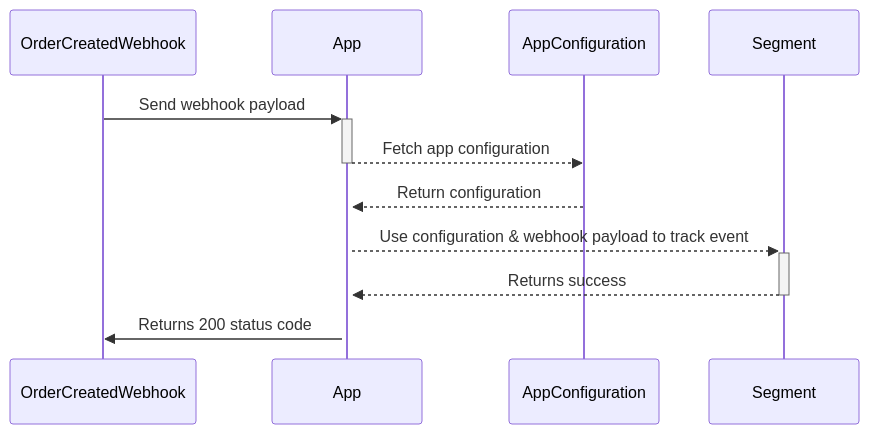
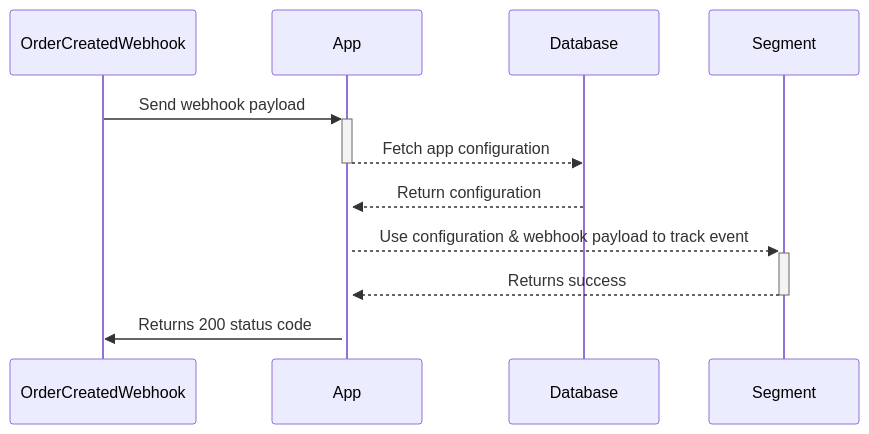
Before and after one commit to saleor/saleor-docs: the diagram in docs/developer/app-store/apps/segment.mdx, drawn with Mermaid. The commit also changed other lines of this file, not shown here.

Commit message:
changes after CR

````diff
--- a/docs/developer/app-store/apps/segment.mdx
+++ b/docs/developer/app-store/apps/segment.mdx
@@ -67,9 +67,9 @@
 ```mermaid
 sequenceDiagram
     OrderCreatedWebhook->>+App: Send webhook payload
-    App-->>-AppConfiguration: Fetch app configuration
-    AppConfiguration-->>+App: Return configuration
+    App-->>-Database: Fetch app configuration
+    Database-->>+App: Return configuration
     App-->>+Segment: Use configuration & webhook payload to track event
     Segment-->>-App: Returns success
     App->>OrderCreatedWebhook: Returns 200 status code
 ```
````
